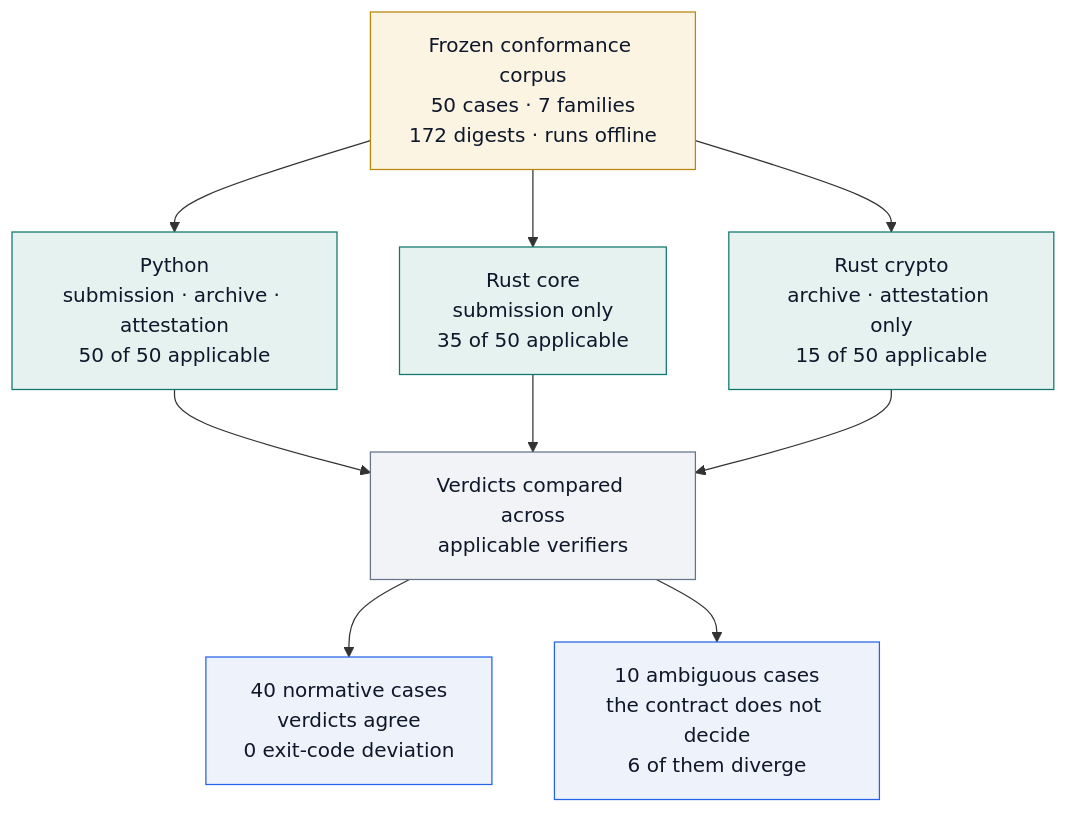
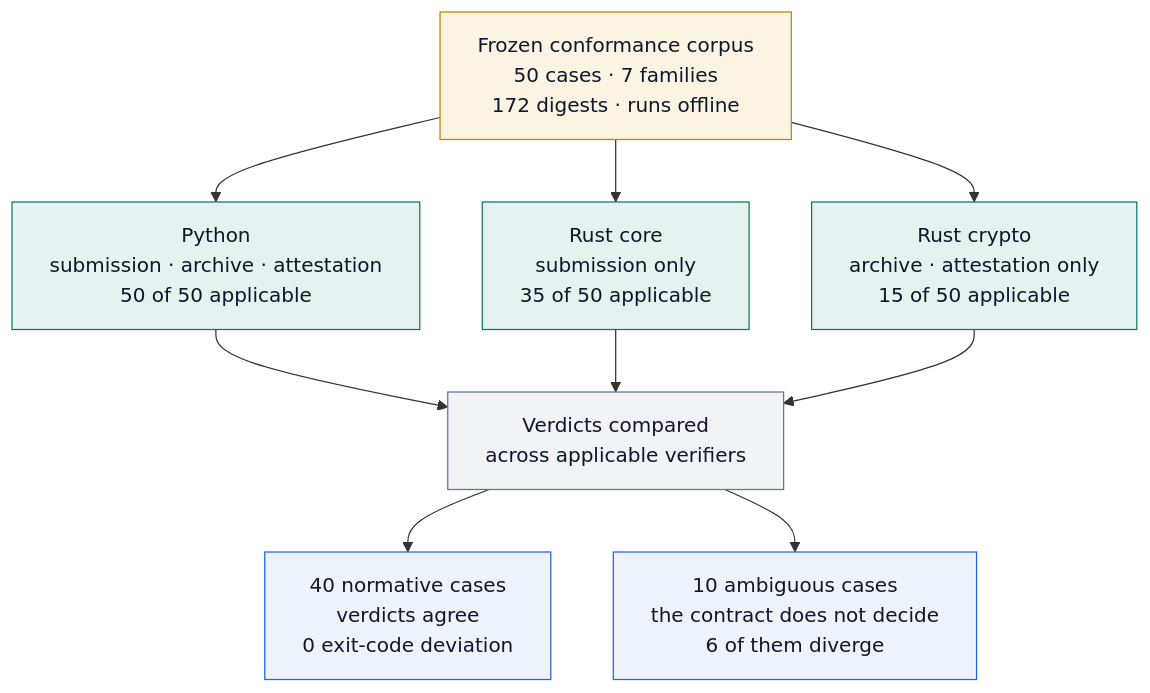
The third of 3 diagrams in ARCHITECTURE.md (neomundi-io/neomundi-evidence-gateway), drawn with Mermaid before and after one commit. The commit also changed other lines of this file, not shown here.

First line of the commit message:
docs(architecture): give the diagrams room so a phrase is not split in two

````diff
--- a/ARCHITECTURE.md
+++ b/ARCHITECTURE.md
@@ -391,32 +392,33 @@
 ```mermaid
+%%{init: {"flowchart": {"wrappingWidth": 320}} }%%
 flowchart TB
   CORPUS["Frozen conformance corpus<br/>50 cases · 7 families<br/>172 digests · runs offline"]
 
   PY["Python<br/>submission · archive · attestation<br/>50 of 50 applicable"]
   RC["Rust core<br/>submission only<br/>35 of 50 applicable"]
   RX["Rust crypto<br/>archive · attestation only<br/>15 of 50 applicable"]
 
-  CMP["Verdicts compared across<br/>applicable verifiers"]
+  CMP["Verdicts compared<br/>across applicable verifiers"]
 
   NORM["40 normative cases<br/>verdicts agree<br/>0 exit-code deviation"]
   AMB["10 ambiguous cases<br/>the contract does not decide<br/>6 of them diverge"]
 
   CORPUS --> PY
   CORPUS --> RC
   CORPUS --> RX
   PY --> CMP
   RC --> CMP
   RX --> CMP
   CMP --> NORM
   CMP --> AMB
 
   classDef corpus fill:#fbf4e3,stroke:#b8860b,stroke-width:1px,color:#0f172a
   classDef tool fill:#e6f2f0,stroke:#0f766e,stroke-width:1px,color:#0f172a
   classDef step fill:#f1f3f6,stroke:#64748b,stroke-width:1px,color:#0f172a
   classDef out fill:#eef3fb,stroke:#2563eb,stroke-width:1px,color:#0f172a
 
   class CORPUS corpus
   class PY,RC,RX tool
   class CMP step
   class NORM,AMB out
 ```
````
